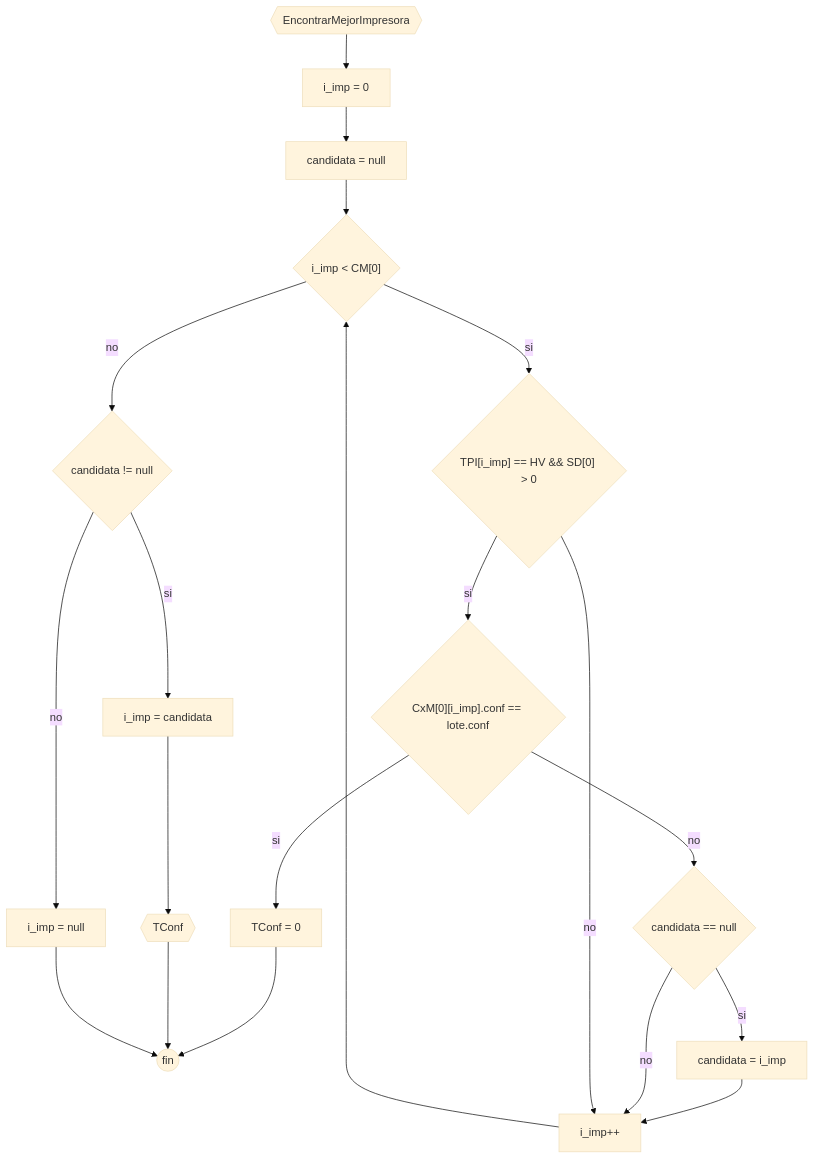
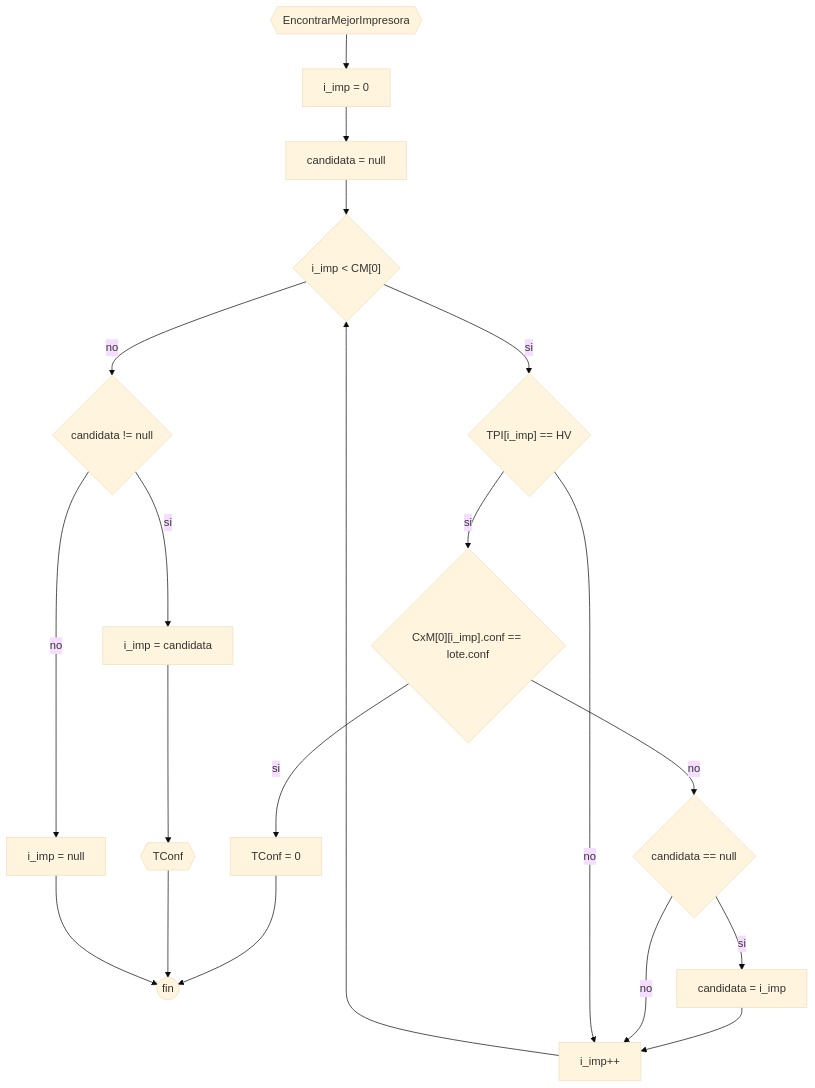
One commit to JuanManuelPrividera/TP-Simu changed the diagram in docs/Diagramas/LlegadPedido/EncontrarMejorImpresora.mermaid. Above: the diagram before and after it, drawn with Mermaid (base theme). The commit also changed 32 other files, not shown here.

```diff
--- a/docs/Diagramas/LlegadPedido/EncontrarMejorImpresora.mermaid
+++ b/docs/Diagramas/LlegadPedido/EncontrarMejorImpresora.mermaid
@@ -1,14 +1,14 @@
 flowchart TD
 a0{{EncontrarMejorImpresora}} --> a1["i_imp = 0"]
 a1 --> a2["candidata = null"]
 a2 --> a3{"i_imp < CM[0]"}
-a3 --> |si| a4{"TPI[i_imp] == HV && SD[0] > 0"}
+a3 --> |si| a4{"TPI[i_imp] == HV"}
 a4 --> |si| a5{"CxM[0][i_imp].conf == lote.conf"}
 a5 --> |si| b1[TConf = 0] --> fin((fin))
 a5 --> |no| c{"candidata == null"}
 c --> |si| d["candidata = i_imp"] --> e["i_imp++"] --> a3
 c --> |no| e
 a4 --> |no| e
 a3 --> |no| f{"candidata != null"}
 f --> |si| g["i_imp = candidata"] --> h{{TConf}} --> fin
 f --> |no| k["i_imp = null"] --> fin
```
